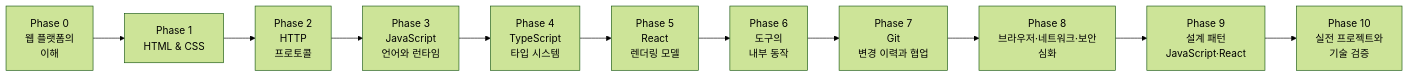
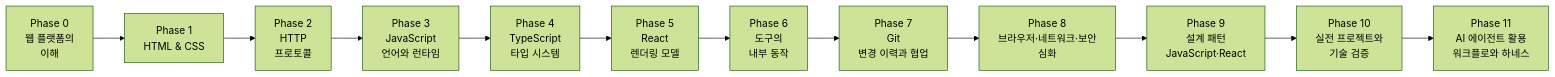
The diagram in ROADMAP.md (lee-gyu/web-fe-roadmap-study), drawn with Mermaid (forest theme) before and after one commit. The commit also changed other lines of this file, not shown here.

Commit message:
add phase-11 into ROADMAP

````diff
--- a/ROADMAP.md
+++ b/ROADMAP.md
@@ -30,13 +30,14 @@
 ```mermaid
 flowchart LR
     P0["Phase 0<br/>웹 플랫폼의<br/>이해"] --> P1["Phase 1<br/>HTML & CSS"]
     P1 --> P2["Phase 2<br/>HTTP<br/>프로토콜"]
     P2 --> P3["Phase 3<br/>JavaScript<br/>언어와 런타임"]
     P3 --> P4["Phase 4<br/>TypeScript<br/>타입 시스템"]
     P4 --> P5["Phase 5<br/>React<br/>렌더링 모델"]
     P5 --> P6["Phase 6<br/>도구의<br/>내부 동작"]
     P6 --> P7["Phase 7<br/>Git<br/>변경 이력과 협업"]
     P7 --> P8["Phase 8<br/>브라우저·네트워크·보안<br/>심화"]
     P8 --> P9["Phase 9<br/>설계 패턴<br/>JavaScript·React"]
     P9 --> P10["Phase 10<br/>실전 프로젝트와<br/>기술 검증"]
+    P10 --> P11["Phase 11<br/>AI 에이전트 활용<br/>워크플로와 하네스"]
 ```
````
